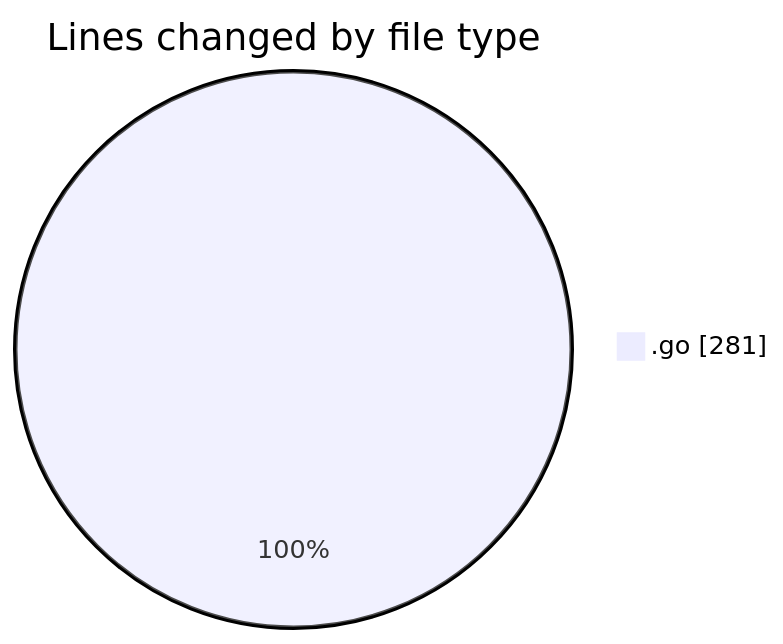
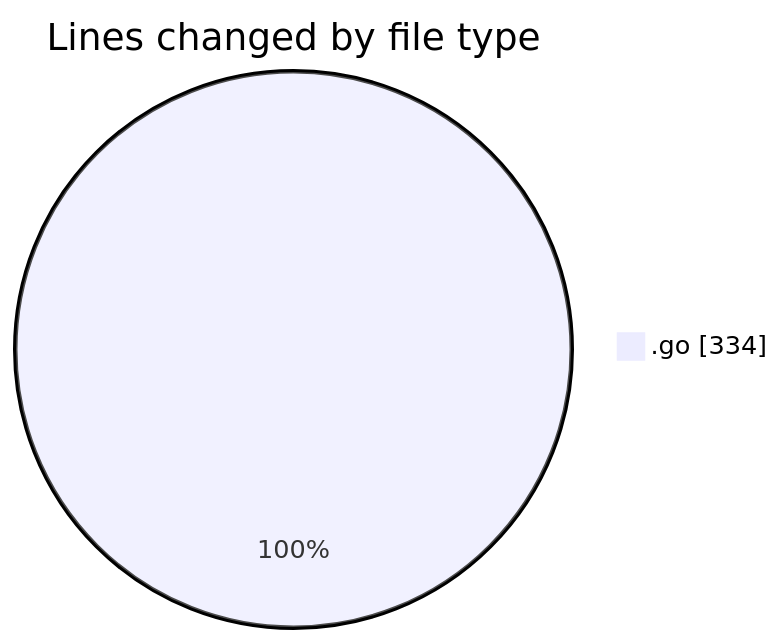
One commit to Ritupan-Deka/code-tracking changed the first of 2 diagrams in 2025-10-31/backend/README.md. Above: the diagram before and after it, drawn with Mermaid. The commit also changed other lines of this file and 1 other file, not shown here.

````diff
--- a/2025-10-31/backend/README.md
+++ b/2025-10-31/backend/README.md
@@ -24,5 +24,5 @@
 ```mermaid
 pie showData
 title Lines changed by file type
-".go" : 281
+".go" : 334
 ```
````
